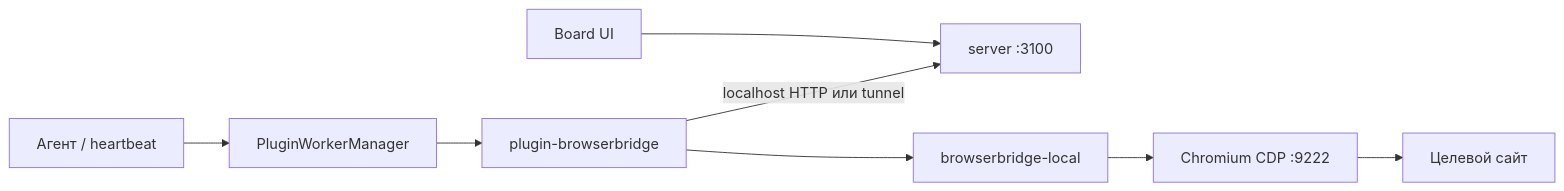
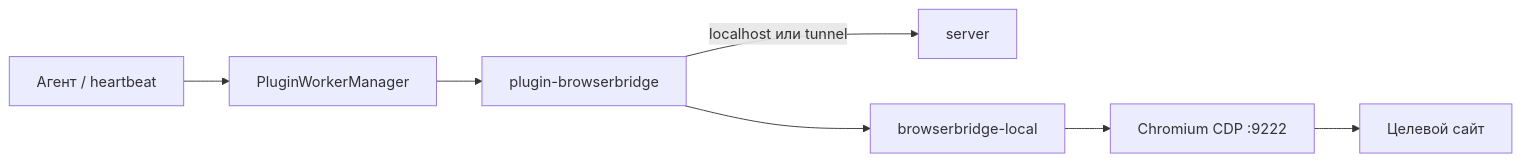
One commit to Dmitriion/datagent-docs changed the diagram in docs/integrations/browserbridge.md. Above: the diagram before and after it, drawn with Mermaid. The commit also changed other lines of this file and 52 other files, not shown here.

````diff
--- a/docs/integrations/browserbridge.md
+++ b/docs/integrations/browserbridge.md
@@ -14,10 +97,9 @@
 ```mermaid
 flowchart LR
   Agent[Агент / heartbeat] --> PWM[PluginWorkerManager]
   PWM --> Plg[plugin-browserbridge]
-  Plg -->|localhost HTTP или tunnel| API[server :3100]
+  Plg -->|localhost или tunnel| API[server]
   Plg --> Bridge[browserbridge-local]
   Bridge --> CDP[Chromium CDP :9222]
   CDP --> Web[Целевой сайт]
-  Board[Board UI] --> API
 ```
````
